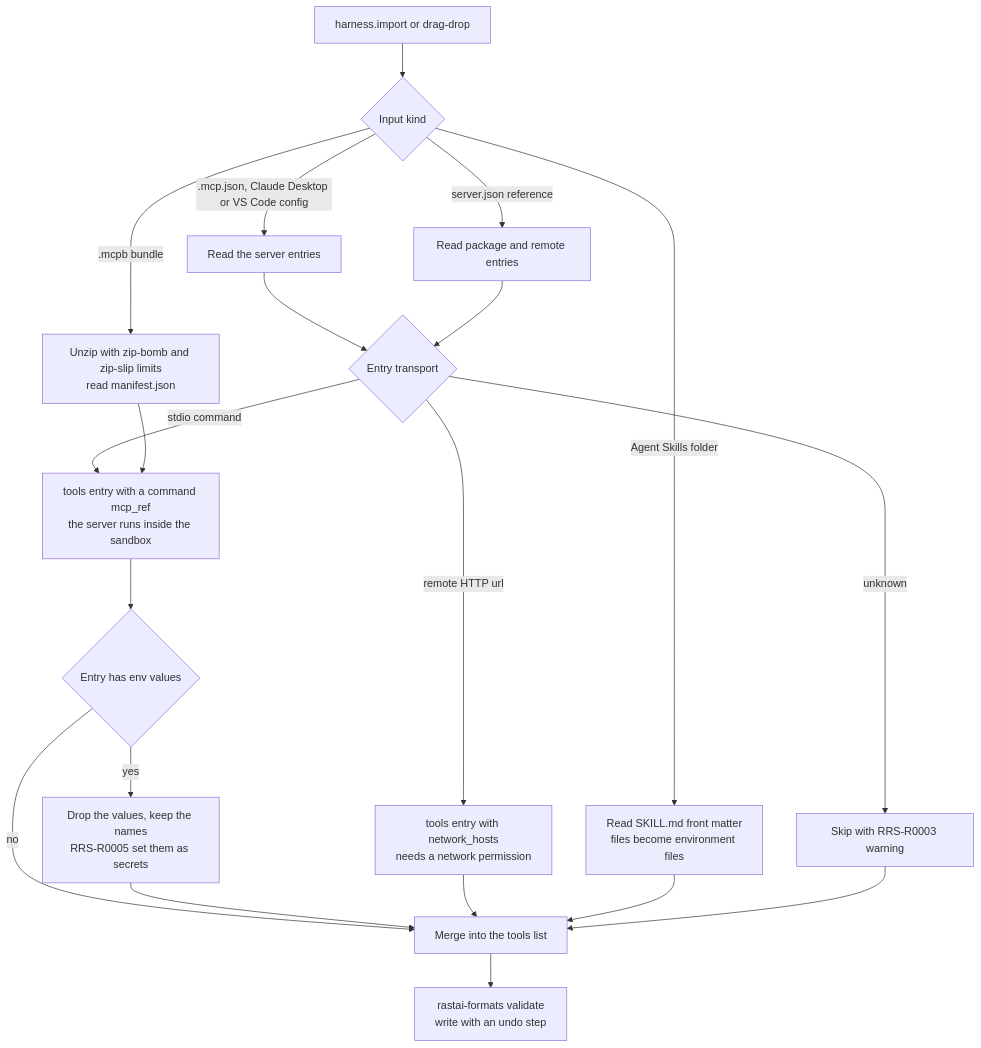
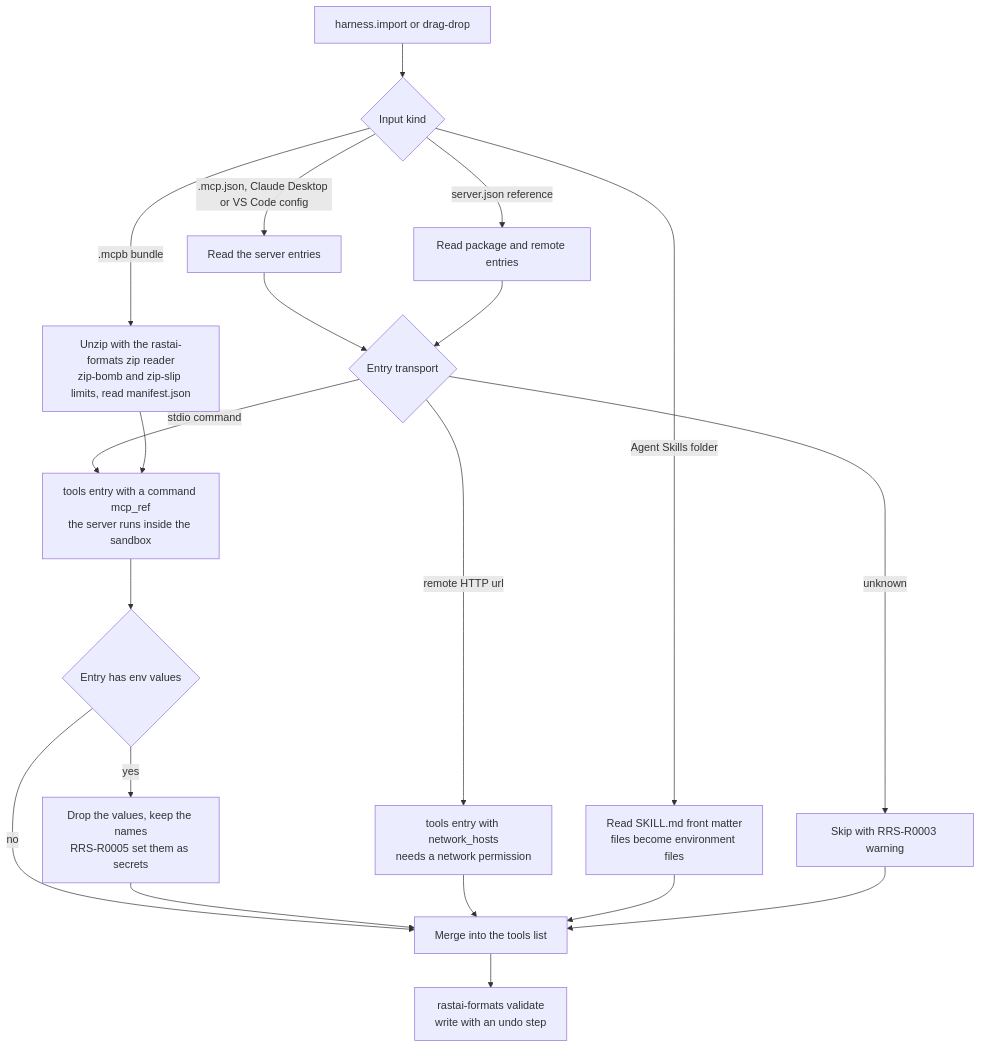
One commit to Snubiss/RASTAI-Research-Studio changed diagram 12 of 32 in docs/architecture/flows/designer-gym-remote.md. Above: the diagram before and after it, drawn with Mermaid. The commit also changed other lines of this file and 44 other files, not shown here.

````diff
--- a/docs/architecture/flows/designer-gym-remote.md
+++ b/docs/architecture/flows/designer-gym-remote.md
@@ -624,22 +650,22 @@
 ```mermaid
 flowchart TD
   IN["harness.import or drag-drop"] --> KIND{"Input kind"}
   KIND -->|".mcp.json, Claude Desktop or VS Code config"| CFG["Read the server entries"]
   KIND -->|"server.json reference"| REG["Read package and remote entries"]
-  KIND -->|".mcpb bundle"| BUN["Unzip with zip-bomb and zip-slip limits<br/>read manifest.json"]
+  KIND -->|".mcpb bundle"| BUN["Unzip with the rastai-formats zip reader<br/>zip-bomb and zip-slip limits, read manifest.json"]
   KIND -->|"Agent Skills folder"| SK["Read SKILL.md front matter<br/>files become environment files"]
   CFG --> EACH{"Entry transport"}
   REG --> EACH
   EACH -->|"stdio command"| STDIO["tools entry with a command mcp_ref<br/>the server runs inside the sandbox"]
   EACH -->|"remote HTTP url"| NET["tools entry with network_hosts<br/>needs a network permission"]
   EACH -->|"unknown"| SKIP["Skip with RRS-R0003 warning"]
   BUN --> STDIO
   STDIO --> ENV{"Entry has env values"}
   ENV -->|"yes"| SEC["Drop the values, keep the names<br/>RRS-R0005 set them as secrets"]
   ENV -->|"no"| MERGE["Merge into the tools list"]
   SEC --> MERGE
   NET --> MERGE
   SK --> MERGE
   SKIP --> MERGE
   MERGE --> VAL["rastai-formats validate<br/>write with an undo step"]
 ```
````
